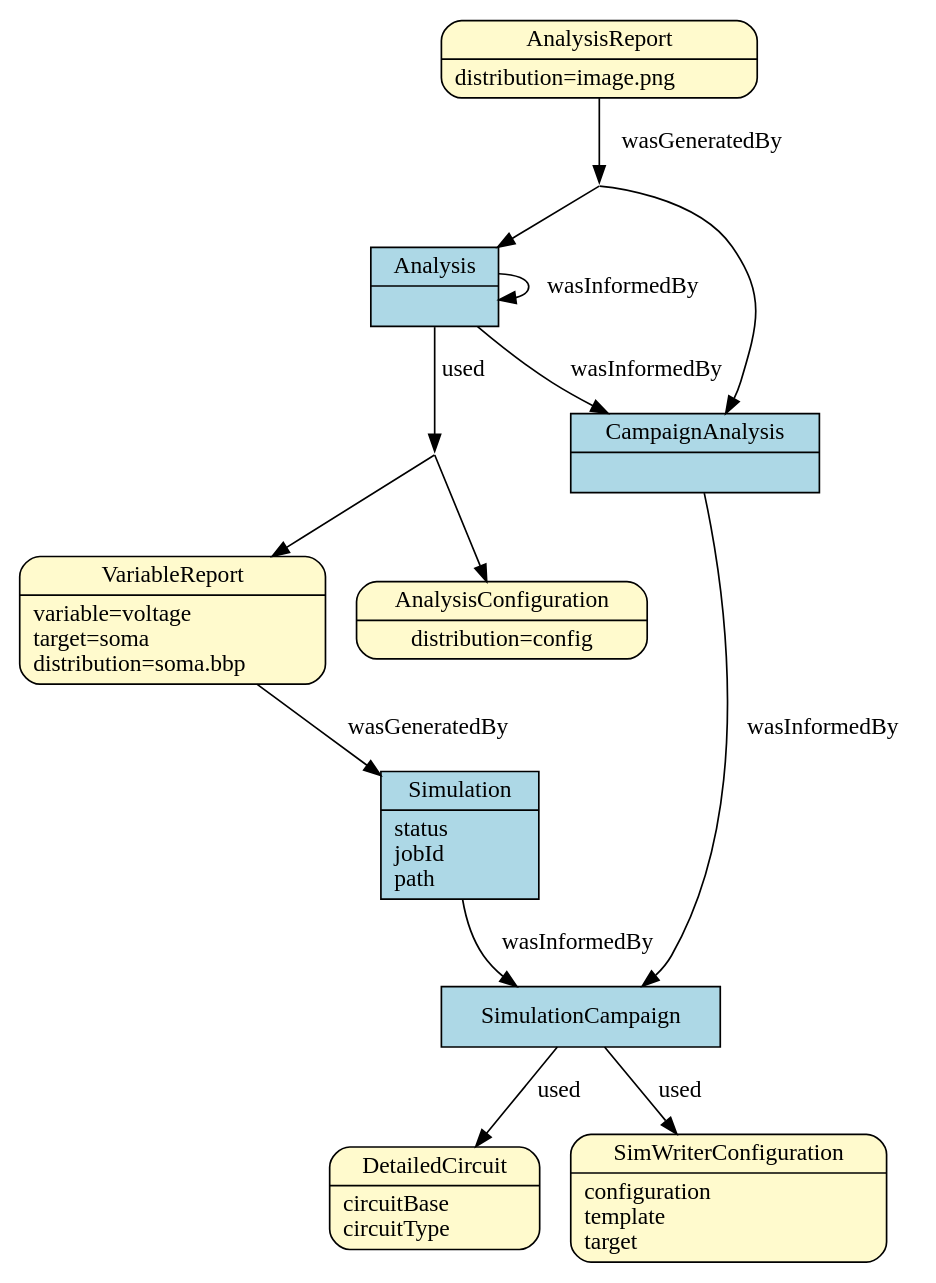
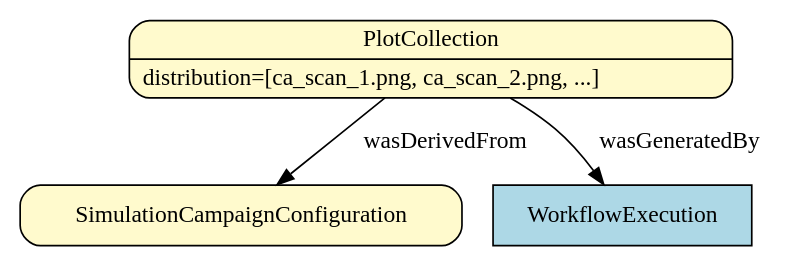
The fifth of 5 diagrams in doc/source/prov_patterns.rst (BlueBrain/entity-management), drawn with Graphviz before and after one commit. The commit also changed 1 other file, not shown here.

Commit message:
update prov pattern for sim analysis

```diff
--- a/doc/source/prov_patterns.rst
+++ b/doc/source/prov_patterns.rst
@@ -122,72 +122,22 @@
 .. graphviz::
 
     digraph SimulationCampaignAnalysis {
-        VariableReport [
+        PlotCollection [
             shape = Mrecord style = filled fillcolor = lemonchiffon
-            label = "{VariableReport|variable=voltage\ltarget=soma\ldistribution=soma.bbp\l}"
-            href = "../generated/entity_management.simulation.html#entity_management.simulation.VariableReport"
+            label = "{PlotCollection|distribution=[ca_scan_1.png, ca_scan_2.png, ...]\l}"
+            href = "../generated/entity_management.simulation.html#entity_management.simulation.PlotCollection"
             target = "_top"
         ]
-        AnalysisConfiguration [
+        SimulationCampaignConfiguration [
             shape = Mrecord style = filled fillcolor = lemonchiffon
-            label = "{AnalysisConfiguration|distribution=config}"
-            href = "../generated/entity_management.simulation.html#entity_management.simulation.AnalysisConfiguration"
+            href = "../generated/entity_management.simulation.html#entity_management.simulation.SimulationCampaignConfiguration"
             target = "_top"
         ]
-        DetailedCircuit [
-            shape = Mrecord style = filled fillcolor = lemonchiffon
-            label = "{DetailedCircuit|circuitBase\lcircuitType\l}"
-            href = "../generated/entity_management.simulation.html#entity_management.simulation.DetailedCircuit"
+        WorkflowExecution [
+            shape = record style = filled fillcolor = lightblue
+            href = "../generated/entity_management.core.html#entity_management.core.WorkflowExecution"
             target = "_top"
         ]
-        Simulation [
-            shape = record style = filled fillcolor = lightblue
-            label = "{Simulation|status\ljobId\lpath\l}"
-            href = "../generated/entity_management.simulation.html#entity_management.simulation.Simulation"
-            target = "_top"
-        ]
-        SimulationCampaign [
-            shape = record style = filled fillcolor = lightblue
-            href = "../generated/entity_management.simulation.html#entity_management.simulation.SimulationCampaign"
-            target = "_top"
-        ]
-        SimWriterConfiguration [
-            shape = Mrecord style = filled fillcolor = lemonchiffon
-            label = "{SimWriterConfiguration|configuration\ltemplate\ltarget\l}"
-            href = "../generated/entity_management.simulation.html#entity_management.simulation.SimWriterConfiguration"
-            target = "_top"
-        ]
-        Analysis [
-            shape = record style = filled fillcolor = lightblue
-            label = "{Analysis| \l}"
-            href = "../generated/entity_management.simulation.html#entity_management.simulation.Analysis"
-            target = "_top"
-        ]
-        AnalysisReport [
-            shape = Mrecord style = filled fillcolor = lemonchiffon
-            label = "{AnalysisReport|distribution=image.png\l}"
-            href = "../generated/entity_management.simulation.html#entity_management.simulation.AnalysisReport"
-            target = "_top"
-        ]
-        CampaignAnalysis [
-            shape = record style = filled fillcolor = lightblue
-            label = "{CampaignAnalysis| \l}"
-            href = "../generated/entity_management.simulation.html#entity_management.simulation.CampaignAnalysis"
-            target = "_top"
-        ]
-        i1 [ shape=point; width=0 ];
-        i2 [ shape=point; width=0 ];
-        AnalysisReport -> i1 [label = "wasGeneratedBy"];
-        i1 -> Analysis;
-        i1 -> CampaignAnalysis;
-        VariableReport -> Simulation [label = "wasGeneratedBy"];
-        Simulation -> SimulationCampaign [label = "wasInformedBy"];
-        SimulationCampaign -> DetailedCircuit [label = "used"];
-        SimulationCampaign -> SimWriterConfiguration [label = "used"];
-        Analysis -> i2 [label = "used"];
-        i2 -> VariableReport;
-        i2 -> AnalysisConfiguration;
-        Analysis -> Analysis [label = "wasInformedBy"];
-        Analysis -> CampaignAnalysis [label = "wasInformedBy"];
-        CampaignAnalysis -> SimulationCampaign [label = "wasInformedBy"];
+        PlotCollection -> WorkflowExecution [label = "wasGeneratedBy"];
+        PlotCollection -> SimulationCampaignConfiguration [label = "wasDerivedFrom"];
     }
```
